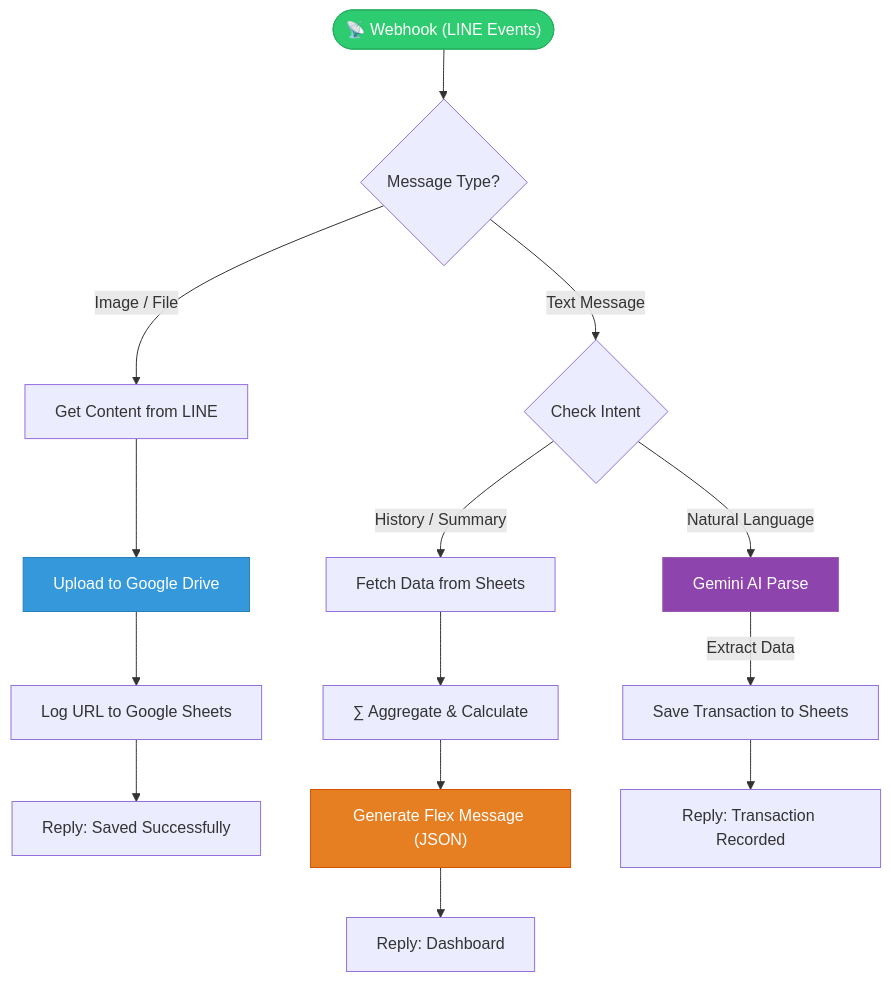
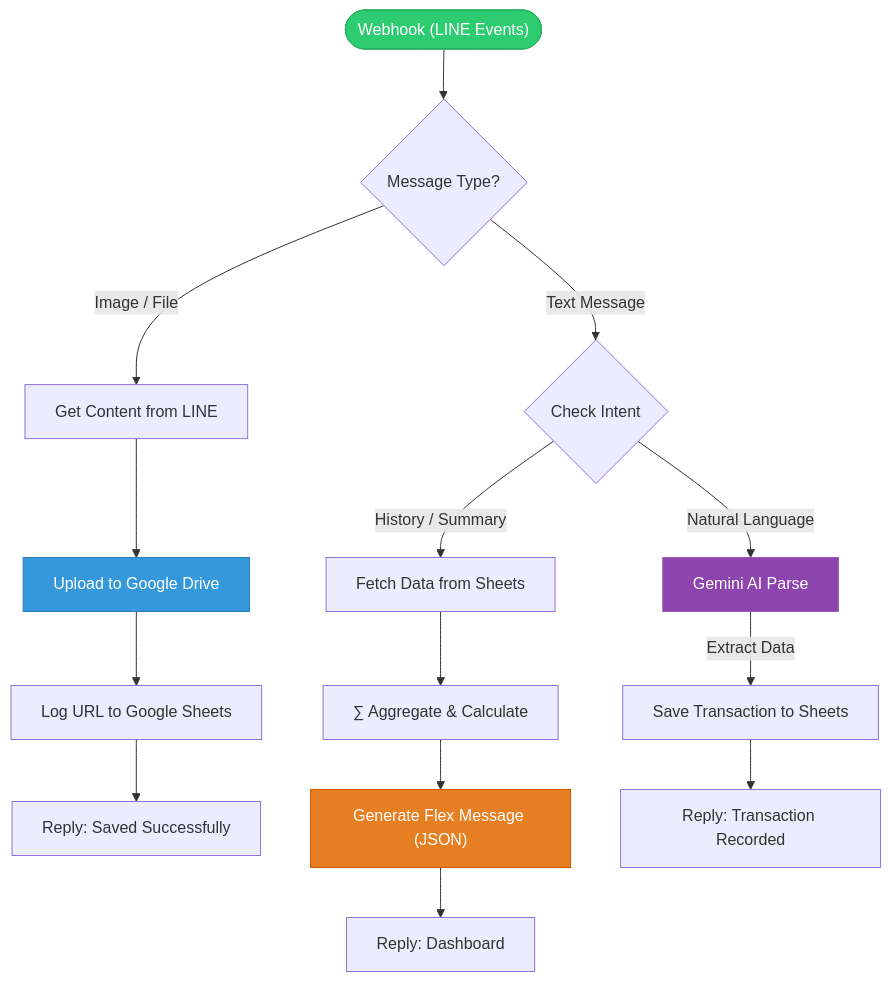
One commit to thongfuu/nongmas-line-chatbot changed the diagram in README.md. Above: the diagram before and after it, drawn with Mermaid.

````diff
--- a/README.md
+++ b/README.md
@@ -31,30 +31,30 @@
 ```mermaid
 graph TD
-    Start(["📡 Webhook (LINE Events)"]) --> Router{"Message Type?"}
+    Start(["Webhook (LINE Events)"]) --> Router{"Message Type?"}
 
     %% --- File/Image Handling Branch ---
     Router -- "Image / File" --> GetFile["Get Content from LINE"]
     GetFile --> UpDrive["Upload to Google Drive"]
     UpDrive --> LogSheet["Log URL to Google Sheets"]
     LogSheet --> ReplyFile["Reply: Saved Successfully"]
 
     %% --- Text Handling Branch ---
     Router -- "Text Message" --> IntentCheck{"Check Intent"}
     
     %% Intent: History/Summary
     IntentCheck -- "History / Summary" --> FetchData["Fetch Data from Sheets"]
     FetchData --> AggData["∑ Aggregate & Calculate"]
     AggData --> GenFlex["Generate Flex Message (JSON)"]
     GenFlex --> ReplyFlex["Reply: Dashboard"]
 
     %% Intent: Transaction (Income/Expense)
     IntentCheck -- "Natural Language" --> AI["Gemini AI Parse"]
     AI -- "Extract Data" --> SaveTx["Save Transaction to Sheets"]
     SaveTx --> ReplyTx["Reply: Transaction Recorded"]
 
     %% Styles
     style Start fill:#2ecc71,stroke:#27ae60,color:white
     style AI fill:#8e44ad,stroke:#9b59b6,color:white
     style UpDrive fill:#3498db,stroke:#2980b9,color:white
     style GenFlex fill:#e67e22,stroke:#d35400,color:white
 ```
````
